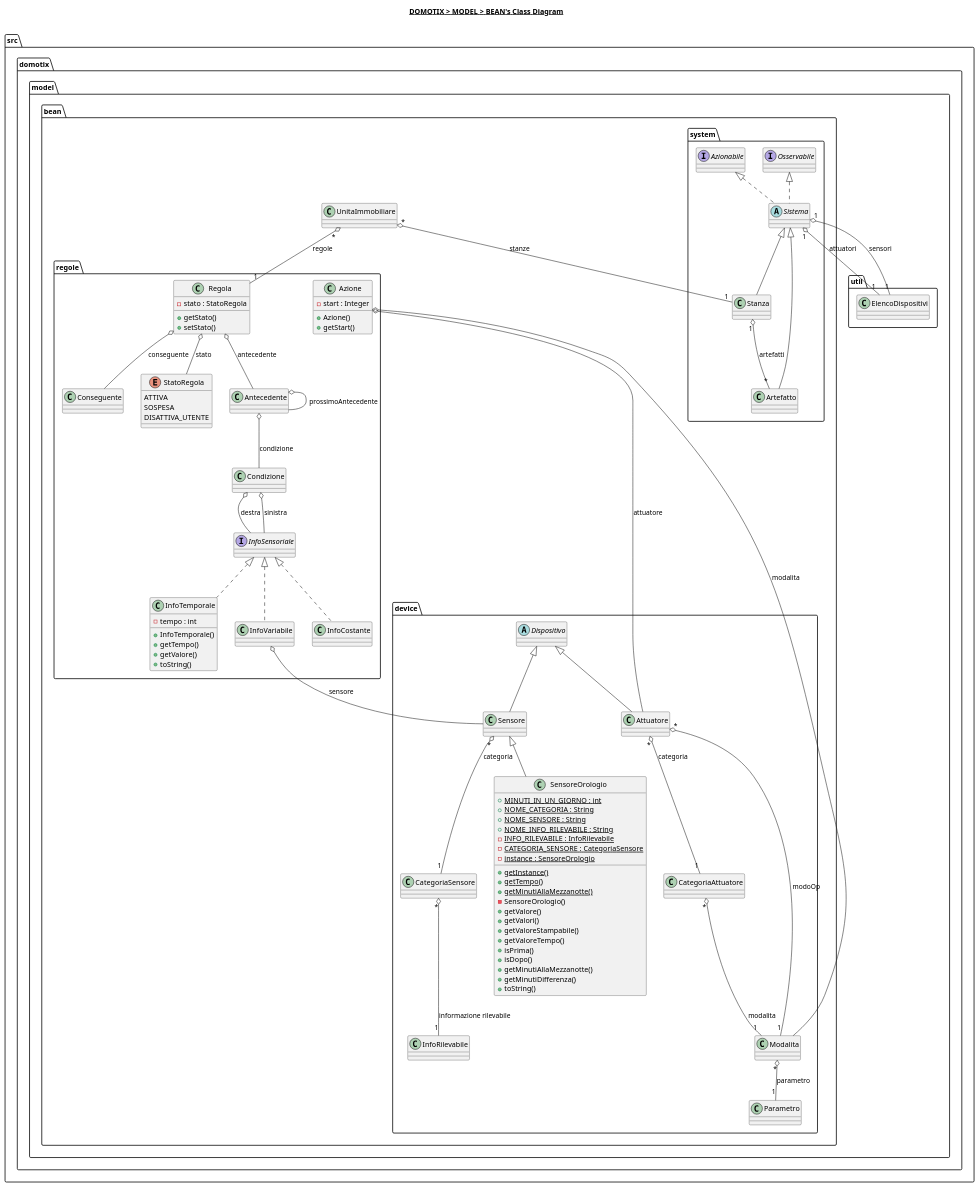
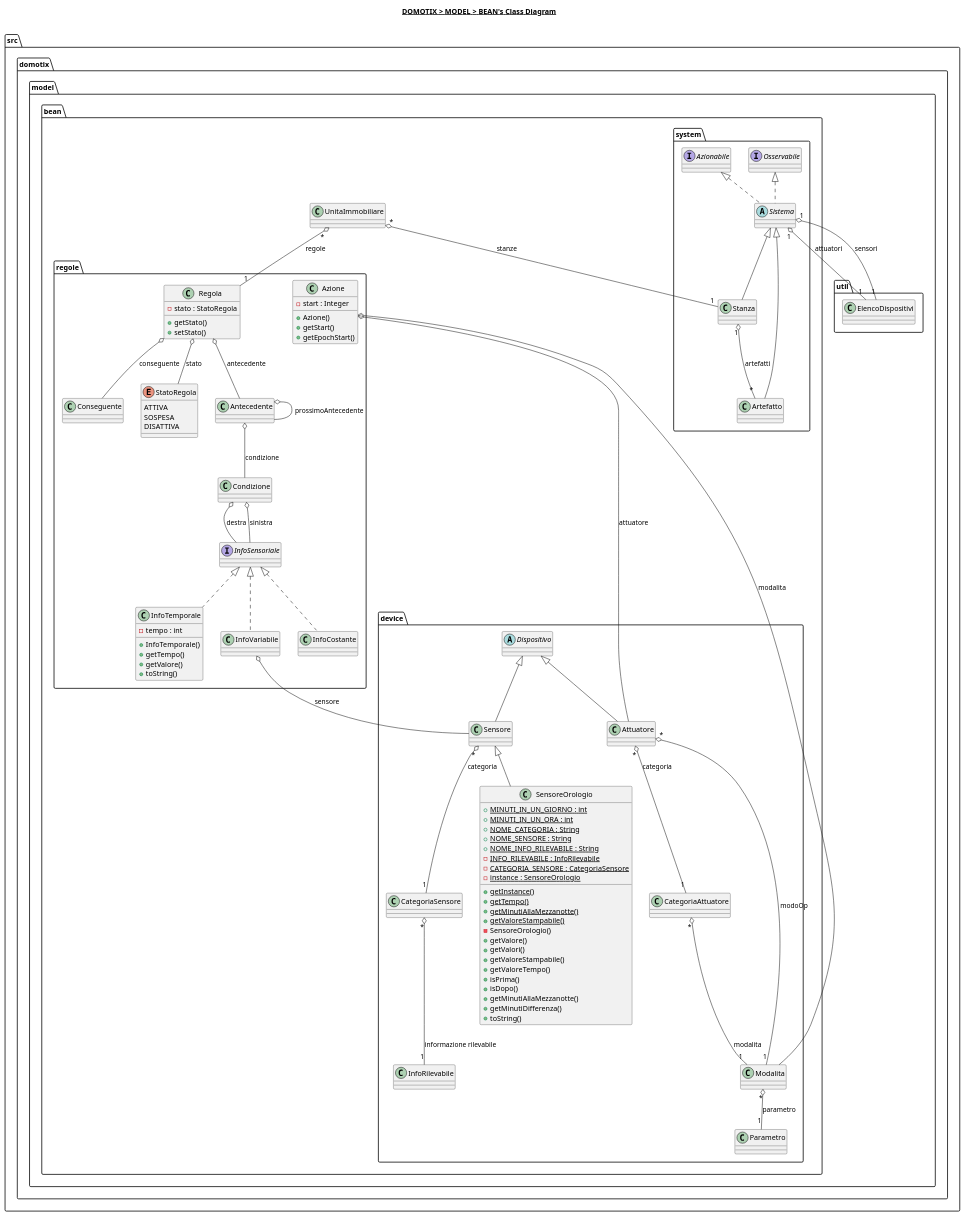
Before and after one commit to Edoar-do/Domotix: the diagram in src/domotix/model/bean/bean.plantuml, drawn with PlantUML. The commit also changed 2 other files, not shown here.

```diff
--- a/src/domotix/model/bean/bean.plantuml
+++ b/src/domotix/model/bean/bean.plantuml
@@ -1,161 +1,164 @@
 @startuml
 
 title __DOMOTIX > MODEL > BEAN's Class Diagram__\n
 
 namespace src.domotix.model {
     namespace util {
     }
 
     namespace bean {
         class src.domotix.model.bean.UnitaImmobiliare {
         }
 
         namespace device {
             class src.domotix.model.bean.device.Attuatore {
             }
 
             class src.domotix.model.bean.device.CategoriaAttuatore {
             }
 
             class src.domotix.model.bean.device.CategoriaSensore {
             }
 
             abstract class src.domotix.model.bean.device.Dispositivo {
             }
 
             class src.domotix.model.bean.device.Modalita {
             }
 
             class src.domotix.model.bean.device.Parametro {
             }
 
             class src.domotix.model.bean.device.Sensore {
             }
 
             class src.domotix.model.bean.device.InfoRilevabile {
             }
 
             class src.domotix.model.bean.device.SensoreOrologio {
                 {static} + MINUTI_IN_UN_GIORNO : int
+                {static} + MINUTI_IN_UN_ORA : int
                 {static} + NOME_CATEGORIA : String
                 {static} + NOME_SENSORE : String
                 {static} + NOME_INFO_RILEVABILE : String
                 {static} - INFO_RILEVABILE : InfoRilevabile
                 {static} - CATEGORIA_SENSORE : CategoriaSensore
                 {static} - instance : SensoreOrologio
                 {static} + getInstance()
                 {static} + getTempo()
                 {static} + getMinutiAllaMezzanotte()
+                {static} + getValoreStampabile()
                 - SensoreOrologio()
                 + getValore()
                 + getValori()
                 + getValoreStampabile()
                 + getValoreTempo()
                 + isPrima()
                 + isDopo()
                 + getMinutiAllaMezzanotte()
                 + getMinutiDifferenza()
                 + toString()
             }
         }
 
         namespace system {
             class src.domotix.model.bean.system.Artefatto {
               }
 
               interface src.domotix.model.bean.system.Azionabile {
               }
 
               interface src.domotix.model.bean.system.Osservabile {
               }
 
               abstract class src.domotix.model.bean.system.Sistema {
               }
 
               class src.domotix.model.bean.system.Stanza {
               }
         }
 
         namespace regole {
             class src.domotix.model.bean.regole.Regola {
                 - stato : StatoRegola
                 + getStato()
                 + setStato()
             }
 
             enum src.domotix.model.bean.regole.StatoRegola {
                 ATTIVA
                 SOSPESA
-                DISATTIVA_UTENTE
+                DISATTIVA
             }
 
             class src.domotix.model.bean.regole.Antecedente {
             }
 
             class src.domotix.model.bean.regole.Condizione {
             }
 
             interface src.domotix.model.bean.regole.InfoSensoriale {
             }
 
             class src.domotix.model.bean.regole.InfoCostante {
             }
 
             class src.domotix.model.bean.regole.InfoTemporale {
                 - tempo : int
                 + InfoTemporale()
                 + getTempo()
                 + getValore()
                 + toString()
             }
 
             class src.domotix.model.bean.regole.InfoVariabile {
             }
 
             class src.domotix.model.bean.regole.Conseguente {
             }
 
             class src.domotix.model.bean.regole.Azione {
                 - start : Integer
                 + Azione()
                 + getStart()
+                + getEpochStart()
             }
         }
     }
 }
 
 src.domotix.model.bean.device.Attuatore -up-|> src.domotix.model.bean.device.Dispositivo
 src.domotix.model.bean.device.Attuatore "*" o-- "1" src.domotix.model.bean.device.CategoriaAttuatore : categoria
 src.domotix.model.bean.device.Attuatore "*" o-- "1" src.domotix.model.bean.device.Modalita : modoOp
 src.domotix.model.bean.device.CategoriaAttuatore "*" o-- "1" src.domotix.model.bean.device.Modalita : modalita
 src.domotix.model.bean.device.Modalita "*" o-- "1" src.domotix.model.bean.device.Parametro : parametro
 src.domotix.model.bean.device.Sensore -up-|> src.domotix.model.bean.device.Dispositivo
 src.domotix.model.bean.device.Sensore "*" o-- "1" src.domotix.model.bean.device.CategoriaSensore : categoria
 src.domotix.model.bean.device.CategoriaSensore "*" o-- "1" src.domotix.model.bean.device.InfoRilevabile : informazione rilevabile
 src.domotix.model.bean.device.SensoreOrologio -up-|> src.domotix.model.bean.device.Sensore
 
 src.domotix.model.bean.system.Artefatto -up-|> src.domotix.model.bean.system.Sistema
 src.domotix.model.bean.system.Sistema .up.|> src.domotix.model.bean.system.Azionabile
 src.domotix.model.bean.system.Sistema .up.|> src.domotix.model.bean.system.Osservabile
 src.domotix.model.bean.system.Sistema "1" o-- "1" src.domotix.model.util.ElencoDispositivi : attuatori
 src.domotix.model.bean.system.Sistema "1" o-- "1" src.domotix.model.util.ElencoDispositivi : sensori
 src.domotix.model.bean.system.Stanza -up-|> src.domotix.model.bean.system.Sistema
 src.domotix.model.bean.system.Stanza "1" o-- "*" src.domotix.model.bean.system.Artefatto : artefatti
 src.domotix.model.bean.UnitaImmobiliare "*" o-- "1" src.domotix.model.bean.system.Stanza : stanze
 src.domotix.model.bean.UnitaImmobiliare "*" o-- "1" src.domotix.model.bean.regole.Regola : regole
 
 src.domotix.model.bean.regole.Antecedente o-- src.domotix.model.bean.regole.Condizione : condizione
 src.domotix.model.bean.regole.Antecedente o-- src.domotix.model.bean.regole.Antecedente : prossimoAntecedente
 src.domotix.model.bean.regole.Azione o-- src.domotix.model.bean.device.Attuatore : attuatore
 src.domotix.model.bean.regole.Azione o-- src.domotix.model.bean.device.Modalita : modalita
 src.domotix.model.bean.regole.Condizione o-- src.domotix.model.bean.regole.InfoSensoriale : destra
 src.domotix.model.bean.regole.Condizione o-- src.domotix.model.bean.regole.InfoSensoriale : sinistra
 src.domotix.model.bean.regole.InfoCostante .up.|> src.domotix.model.bean.regole.InfoSensoriale
 src.domotix.model.bean.regole.InfoVariabile .up.|> src.domotix.model.bean.regole.InfoSensoriale
 src.domotix.model.bean.regole.InfoTemporale .up.|> src.domotix.model.bean.regole.InfoSensoriale
 src.domotix.model.bean.regole.InfoVariabile o-- src.domotix.model.bean.device.Sensore : sensore
 src.domotix.model.bean.regole.Regola o-- src.domotix.model.bean.regole.Antecedente : antecedente
 src.domotix.model.bean.regole.Regola o-- src.domotix.model.bean.regole.Conseguente : conseguente
 src.domotix.model.bean.regole.Regola o-- src.domotix.model.bean.regole.StatoRegola : stato
 
 @enduml
```
